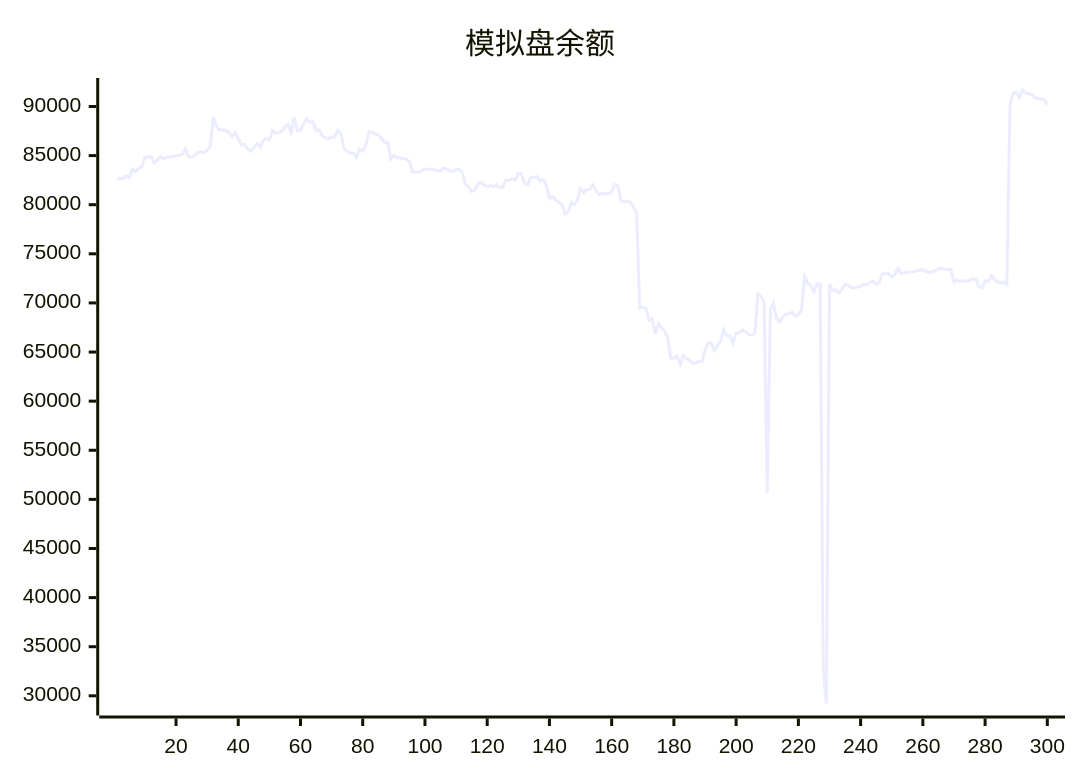
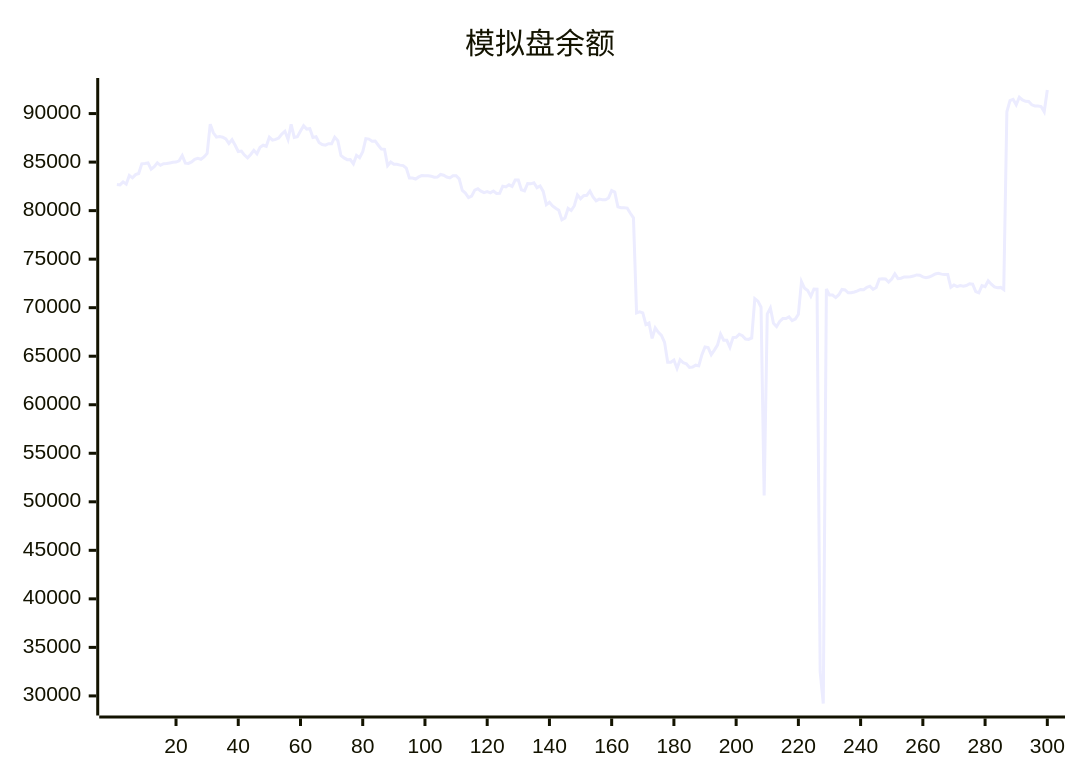
One commit to aahl/ai-trading changed the diagram in README.md. Above: the diagram before and after it, drawn with Mermaid. The commit also changed other lines of this file and 1 other file, not shown here.

````diff
--- a/README.md
+++ b/README.md
@@ -5,5 +5,5 @@
 ```mermaid
 xychart
     title "模拟盘余额"
-    line [82539,82695,82648,82962,82728,83619,83378,83710,83825,84819,84854,84917,84265,84527,84919,84668,84834,84850,84916,84981,85004,85131,85674,84891,84864,85019,85284,85393,85294,85538,85894,88904,88012,87567,87625,87568,87386,86920,87313,86737,86094,86143,85725,85437,85787,86219,85859,86526,86740,86630,87563,87264,87335,87483,87886,88180,87335,88894,87544,87608,88207,88755,88401,88444,87543,87608,87000,86810,86740,86894,86884,87576,87209,85686,85435,85251,85255,84820,85689,85453,86066,87420,87373,87161,87178,86740,86341,86315,84643,85012,84772,84768,84690,84635,84376,83360,83357,83259,83474,83608,83606,83602,83548,83440,83454,83724,83644,83464,83365,83590,83592,83275,82072,81806,81344,81492,82109,82254,82006,81848,81955,81829,82022,81769,81776,82522,82441,82656,82498,83144,83144,82150,82038,82797,82763,82872,82367,82536,81981,80612,80862,80484,80242,80034,79063,79245,80226,80016,80507,81625,81233,81544,81578,82016,81401,81019,81186,81130,81118,81306,82066,81909,80392,80304,80291,80258,79729,79261,69466,69579,69456,68251,68415,66832,67911,67462,67144,66432,64380,64375,64606,63740,64647,64324,64216,63842,63877,64078,64008,65156,65945,65888,65157,65625,66144,67284,66653,66639,65924,66925,66956,67263,67108,66766,66729,66886,70927,70673,70049,50652,69334,69973,68400,68061,68578,68876,68879,69055,68662,68822,69329,72687,71999,71760,71162,71911,71896,32500,29218,71927,71297,71305,71044,71337,71883,71822,71536,71536,71622,71723,71880,71860,72100,72216,71887,72077,72940,72976,72966,72638,72948,73497,73004,73041,73173,73160,73186,73258,73375,73351,73173,73098,73161,73305,73474,73536,73457,73413,73412,72100,72333,72164,72272,72204,72285,72461,72421,71652,71521,72267,72157,72774,72424,72144,72060,72091,71858,90185,91338,91466,90900,91678,91404,91268,91244,90903,90779,90787,90721,90187]
+    line [82695,82648,82962,82728,83619,83378,83710,83825,84819,84854,84917,84265,84527,84919,84668,84834,84850,84916,84981,85004,85131,85674,84891,84864,85019,85284,85393,85294,85538,85894,88904,88012,87567,87625,87568,87386,86920,87313,86737,86094,86143,85725,85437,85787,86219,85859,86526,86740,86630,87563,87264,87335,87483,87886,88180,87335,88894,87544,87608,88207,88755,88401,88444,87543,87608,87000,86810,86740,86894,86884,87576,87209,85686,85435,85251,85255,84820,85689,85453,86066,87420,87373,87161,87178,86740,86341,86315,84643,85012,84772,84768,84690,84635,84376,83360,83357,83259,83474,83608,83606,83602,83548,83440,83454,83724,83644,83464,83365,83590,83592,83275,82072,81806,81344,81492,82109,82254,82006,81848,81955,81829,82022,81769,81776,82522,82441,82656,82498,83144,83144,82150,82038,82797,82763,82872,82367,82536,81981,80612,80862,80484,80242,80034,79063,79245,80226,80016,80507,81625,81233,81544,81578,82016,81401,81019,81186,81130,81118,81306,82066,81909,80392,80304,80291,80258,79729,79261,69466,69579,69456,68251,68415,66832,67911,67462,67144,66432,64380,64375,64606,63740,64647,64324,64216,63842,63877,64078,64008,65156,65945,65888,65157,65625,66144,67284,66653,66639,65924,66925,66956,67263,67108,66766,66729,66886,70927,70673,70049,50652,69334,69973,68400,68061,68578,68876,68879,69055,68662,68822,69329,72687,71999,71760,71162,71911,71896,32500,29218,71927,71297,71305,71044,71337,71883,71822,71536,71536,71622,71723,71880,71860,72100,72216,71887,72077,72940,72976,72966,72638,72948,73497,73004,73041,73173,73160,73186,73258,73375,73351,73173,73098,73161,73305,73474,73536,73457,73413,73412,72100,72333,72164,72272,72204,72285,72461,72421,71652,71521,72267,72157,72774,72424,72144,72060,72091,71858,90185,91338,91466,90900,91678,91404,91268,91244,90903,90779,90787,90721,90187,92429]
 ```
````
